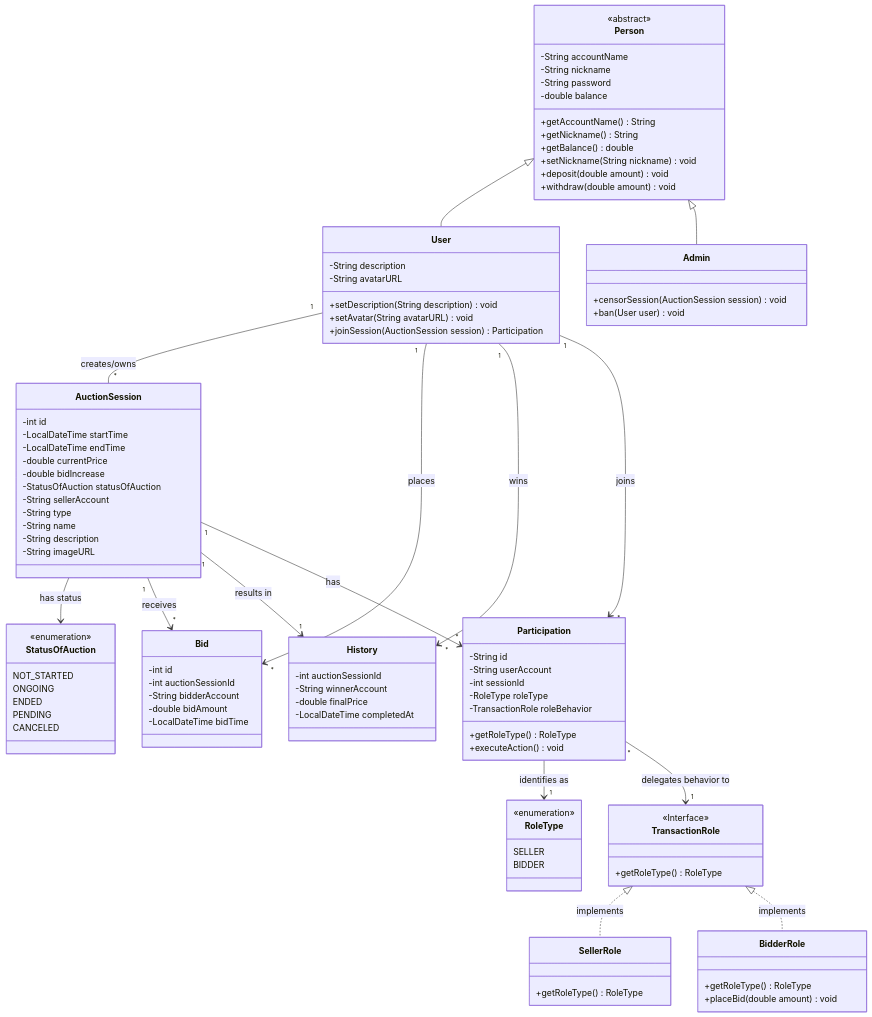
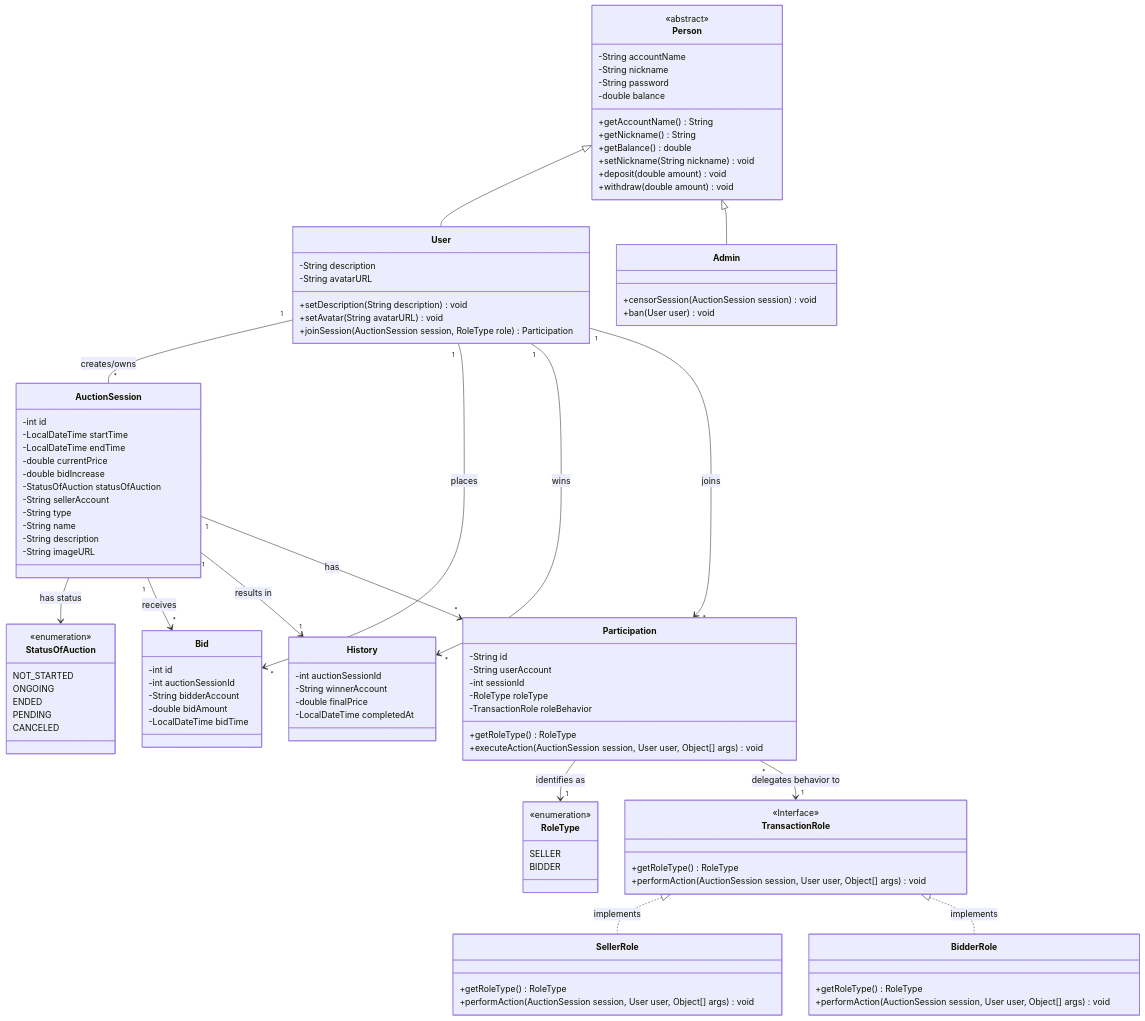
Before and after one commit to phudeptraibodoithe/Bai-tap-lon-nhom-6: the diagram in README.md, drawn with Mermaid. The commit also changed other lines of this file, not shown here.

```diff
--- a/README.md
+++ b/README.md
@@ -14,6 +14,12 @@
         ENDED
         PENDING
         CANCELED
+    }
+
+    class RoleType {
+        <<enumeration>>
+        SELLER
+        BIDDER
     }
 
     %% --- PHẦN CLASS KẾ THỪA CƠ BẢN ---
@@ -36,7 +42,7 @@
         -String avatarURL
         +setDescription(String description) void
         +setAvatar(String avatarURL) void
-        +joinSession(AuctionSession session) Participation
+        +joinSession(AuctionSession session, RoleType role) Participation
     }
 
     class Admin {
@@ -62,7 +68,7 @@
         -String imageURL
     }
 
-    %% Kết nối AuctionSession với Enum Status
+    %% Kết nối AuctionSession với Status
     AuctionSession --> StatusOfAuction : has status
 
     class Bid {
@@ -86,7 +92,7 @@
     User "1" --> "*" History : wins
     AuctionSession "1" --> "1" History : results in
 
-    %% --- PHẦN XỬ LÝ LUỒNG ROLE ĐỘNG ---
+    %% --- PHẦN XỬ LÝ LUỒNG ROLE ĐỘNG (ĐÃ TỐI ƯU ĐA HÌNH) ---
     class Participation {
         -String id
         -String userAccount
@@ -94,29 +100,26 @@
         -RoleType roleType
         -TransactionRole roleBehavior
         +getRoleType() RoleType
-        +executeAction() void
-    }
-
-    class RoleType {
-        <<enumeration>>
-        SELLER
-        BIDDER
+        +executeAction(AuctionSession session, User user, Object[] args) void
     }
 
     class TransactionRole {
         <<Interface>>
         +getRoleType() RoleType
+        +performAction(AuctionSession session, User user, Object[] args) void
     }
 
     class SellerRole {
         +getRoleType() RoleType
+        +performAction(AuctionSession session, User user, Object[] args) void
     }
 
     class BidderRole {
         +getRoleType() RoleType
-        +placeBid(double amount) void
+        +performAction(AuctionSession session, User user, Object[] args) void
     }
 
+    %% Mối quan hệ của Participation
     User "1" --> "*" Participation : joins
     AuctionSession "1" --> "*" Participation : has
     
```
